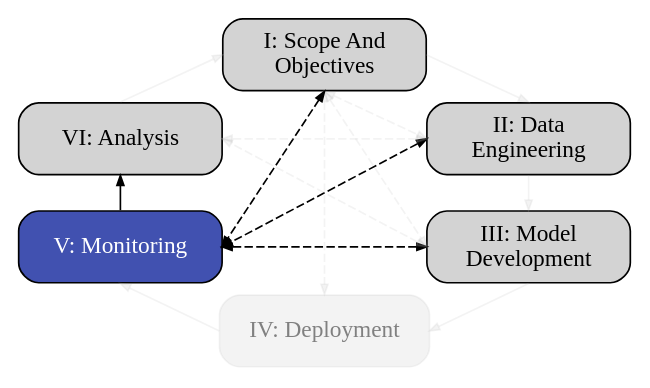
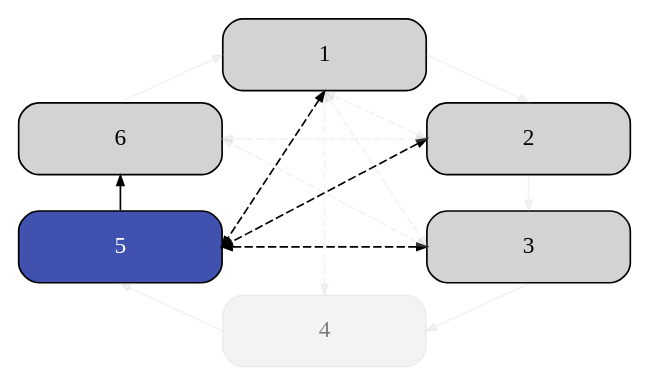
Before and after one commit to aria-ml/dataeval: the sixth of 7 diagrams in docs/source/concepts/workflows/ML_Lifecycle.md, drawn with Graphviz. The commit also changed other lines of this file and 1 other file, not shown here.

Commit message:
Fix graphviz theming and markdown links

````diff
--- a/docs/source/concepts/workflows/ML_Lifecycle.md
+++ b/docs/source/concepts/workflows/ML_Lifecycle.md
@@ -236,31 +246,31 @@
 ```{graphviz}
    
    digraph flowchart {
       node [shape=box,width=1.7,height=0.6]
       edge [arrowsize=0.6]
       layout="neato"
 
-      1 [label="I: Scope And\nObjectives",style="rounded,filled",pos="1.7,2.5!",xref=":ref:`scope-and-objectives`"]
-      2 [label="II: Data\nEngineering",style="rounded,filled",pos="3.4,1.8!",xref=":ref:`data-engineering`"]
-      3 [label="III: Model\nDevelopment",style="rounded,filled",pos="3.4,0.9!",xref=":ref:`model-development`"]
-      4 [label="IV: Deployment",style="rounded,filled",pos="1.7,0.2!",xref=":ref:`deployment`",fontcolor="gray",color="#C0C0C030",fillcolor="#C0C0C030"]
-      5 [label="V: Monitoring",style="rounded,filled",pos="0.0,0.9!",fillcolor="#4151B0",fontcolor="white"]
-      6 [label="VI: Analysis",style="rounded,filled",pos="0.0,1.8!",xref=":ref:`analysis`"]
+      1 [xref="{ref}`Scope And Objectives <scope-and-objectives>`",style="rounded,filled",pos="1.7,2.5!"]
+      2 [xref="{ref}`Data Engineering <data-engineering>`",style="rounded,filled",pos="3.4,1.8!"]
+      3 [xref="{ref}`Model Development<model-development>`",style="rounded,filled",pos="3.4,0.9!"]
+      4 [xref="{ref}`Deployment <deployment>`",style="rounded,filled",pos="1.7,0.2!",fontcolor="gray",color="#C0C0C030",fillcolor="#C0C0C030"]
+      5 [xref="{ref}`Monitoring <monitoring>`",style="rounded,filled",pos="0.0,0.9!",fillcolor="#4151B0",fontcolor="white"]
+      6 [xref="{ref}`Analysis <analysis>`",style="rounded,filled",pos="0.0,1.8!"]
       
       1:e->2:n [color="#C0C0C030",fillcolor="#C0C0C030"]
       2:s->3:n [color="#C0C0C030",fillcolor="#C0C0C030"]
       3:s->4:e [color="#C0C0C030",fillcolor="#C0C0C030"]
       4:w->5:s [color="#C0C0C030",fillcolor="#C0C0C030"]
       5:n->6:s
       6:n->1:w [color="#C0C0C030",fillcolor="#C0C0C030"]
 
       1:s->3:w [dir=both,style=dashed,color="#C0C0C030",fillcolor="#C0C0C030"]
       1:s->4:n [dir=both,style=dashed,color="#C0C0C030",fillcolor="#C0C0C030"]
       1:s->5:e [dir=both,style=dashed]
       1:s->2:w [dir=both,style=dashed,color="#C0C0C030",fillcolor="#C0C0C030"]
       2:w->5:e [dir=both,style=dashed]
       2:w->6:e [dir=both,style=dashed,color="#C0C0C030",fillcolor="#C0C0C030"]
       3:w->5:e [dir=both,style=dashed]
       3:w->6:e [dir=both,style=dashed,color="#C0C0C030",fillcolor="#C0C0C030"]
    }
 ```
````
